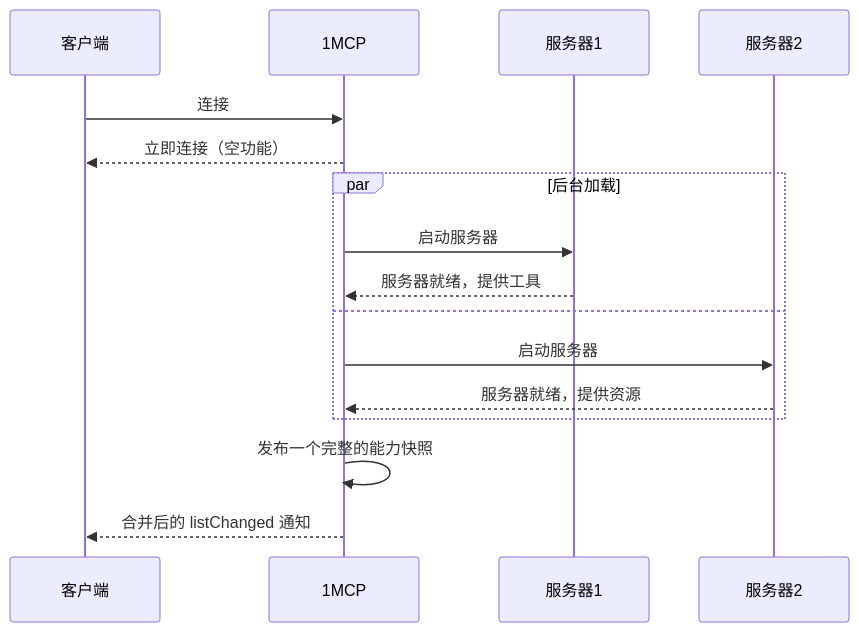
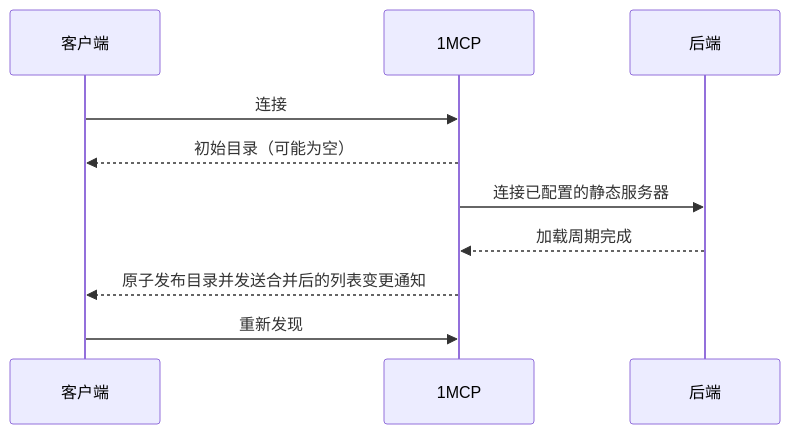
One commit to 1mcp-app/agent changed the diagram in docs/zh/guide/advanced/fast-startup.md. Above: the diagram before and after it, drawn with Mermaid. The commit also changed other lines of this file and 37 other files, not shown here.

````diff
--- a/docs/zh/guide/advanced/fast-startup.md
+++ b/docs/zh/guide/advanced/fast-startup.md
@@ -114,20 +33,13 @@
 ```mermaid
 sequenceDiagram
     participant 客户端
     participant 1MCP
-    participant 服务器1
-    participant 服务器2
+    participant 后端
 
     客户端->>1MCP: 连接
-    1MCP-->>客户端: 立即连接（空功能）
-
-    par 后台加载
-        1MCP->>服务器1: 启动服务器
-        服务器1-->>1MCP: 服务器就绪，提供工具
-    and
-        1MCP->>服务器2: 启动服务器
-        服务器2-->>1MCP: 服务器就绪，提供资源
-    end
-    1MCP->>1MCP: 发布一个完整的能力快照
-    1MCP-->>客户端: 合并后的 listChanged 通知
+    1MCP-->>客户端: 初始目录（可能为空）
+    1MCP->>后端: 连接已配置的静态服务器
+    后端-->>1MCP: 加载周期完成
+    1MCP-->>客户端: 原子发布目录并发送合并后的列表变更通知
+    客户端->>1MCP: 重新发现
 ```
````
